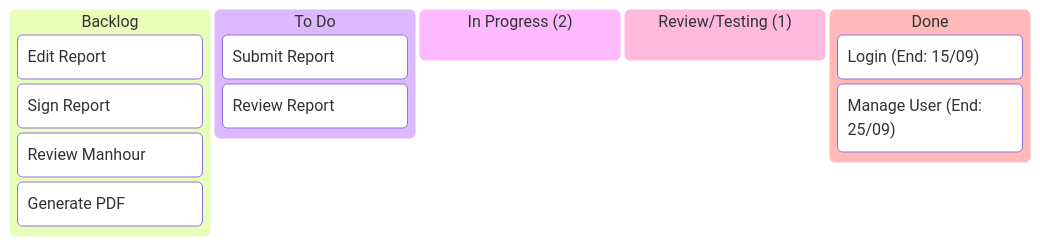
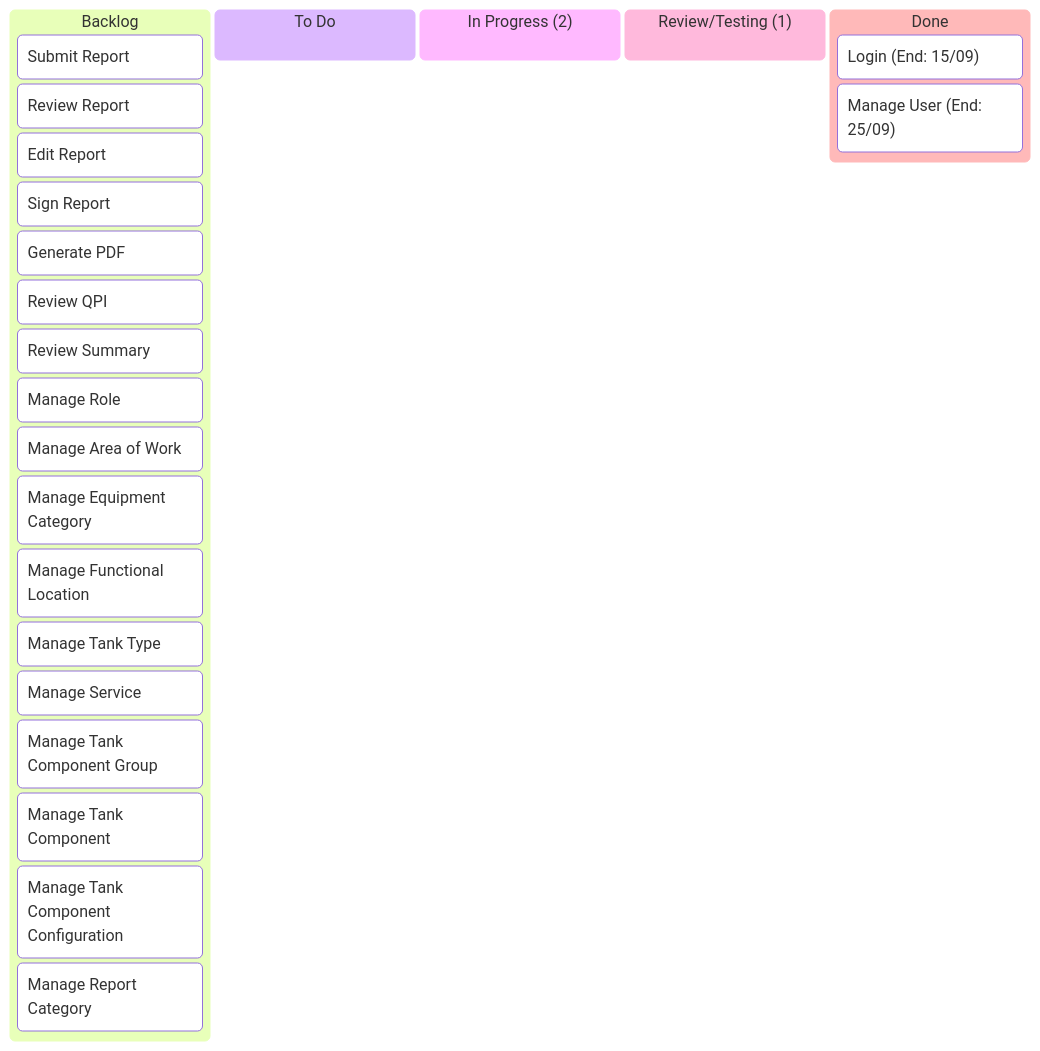
The diagram in Kanban/02-Kanban.md (billdansr/kanban-boc-om), drawn with Mermaid before and after one commit. The commit also changed 2 other files, not shown here.

Commit message:
vault backup: 2025-10-01 09:05:37
New task added to Backlog

````diff
--- a/Kanban/02-Kanban.md
+++ b/Kanban/02-Kanban.md
@@ -3,21 +3,33 @@
 ```mermaid
 kanban
   backlog[Backlog]
+	  b2[Submit Report]
+	  b3[Review Report]
 	  b4[Edit Report]
 	  b5[Sign Report]
-	  b6[Review Manhour]
-	  b7[Generate PDF]
+	  b6[Generate PDF]
+	  b7[Review QPI]
+	  b8[Review Summary]
+	  b10[Manage Role]
+	  b11[Manage Area of Work]
+	  b12[Manage Equipment Category]
+	  b13[Manage Functional Location]
+	  b14[Manage Tank Type]
+	  b15[Manage Service]
+	  b16[Manage Tank Component Group]
+	  b17[Manage Tank Component]
+	  b18[Manage Tank Component Configuration]
+	  b19[Manage Report Category]
 
   todo[To Do]
-	  t2[Submit Report]
-	  t3[Review Report]
+	  
 
   inprogress["In Progress (2)"]
 
 
   review["Review/Testing (1)"]
 
   done[Done]
 	  d1["Login (End: 15/09)"]
-	  d8["Manage User (End: 25/09)"]
+	  d9["Manage User (End: 25/09)"]
 ```
````
